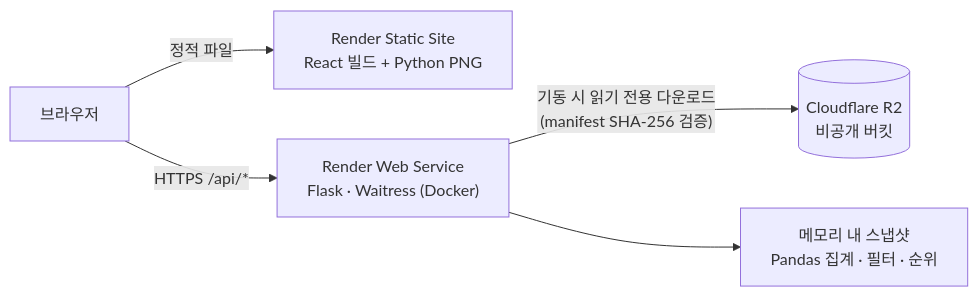
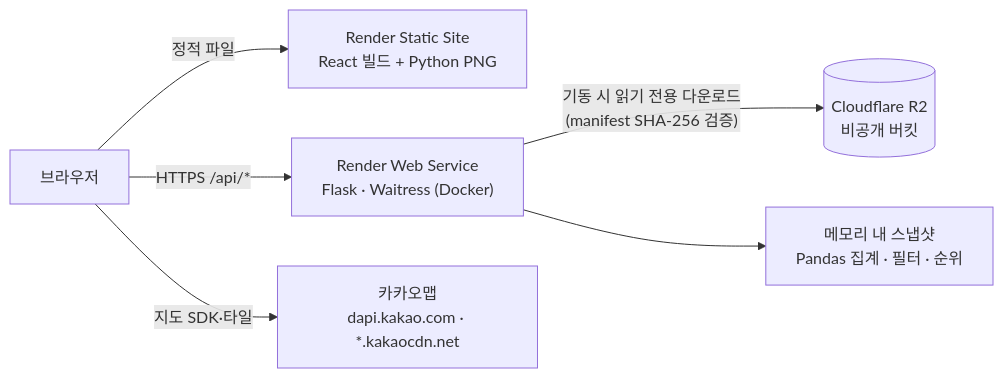
One commit to soojiniya/charge-gap changed the diagram in README.md. Above: the diagram before and after it, drawn with Mermaid. The commit also changed other lines of this file and 3 other files, not shown here.

````diff
--- a/README.md
+++ b/README.md
@@ -168,7 +180,8 @@
 ```mermaid
 flowchart LR
     U[브라우저] -->|정적 파일| S["Render Static Site<br/>React 빌드 + Python PNG"]
     U -->|"HTTPS /api/*"| W["Render Web Service<br/>Flask · Waitress (Docker)"]
+    U -->|"지도 SDK·타일"| K["카카오맵<br/>dapi.kakao.com · *.kakaocdn.net"]
     W -->|"기동 시 읽기 전용 다운로드<br/>(manifest SHA-256 검증)"| R[("Cloudflare R2<br/>비공개 버킷")]
     W --> M["메모리 내 스냅샷<br/>Pandas 집계 · 필터 · 순위"]
 ```
````
